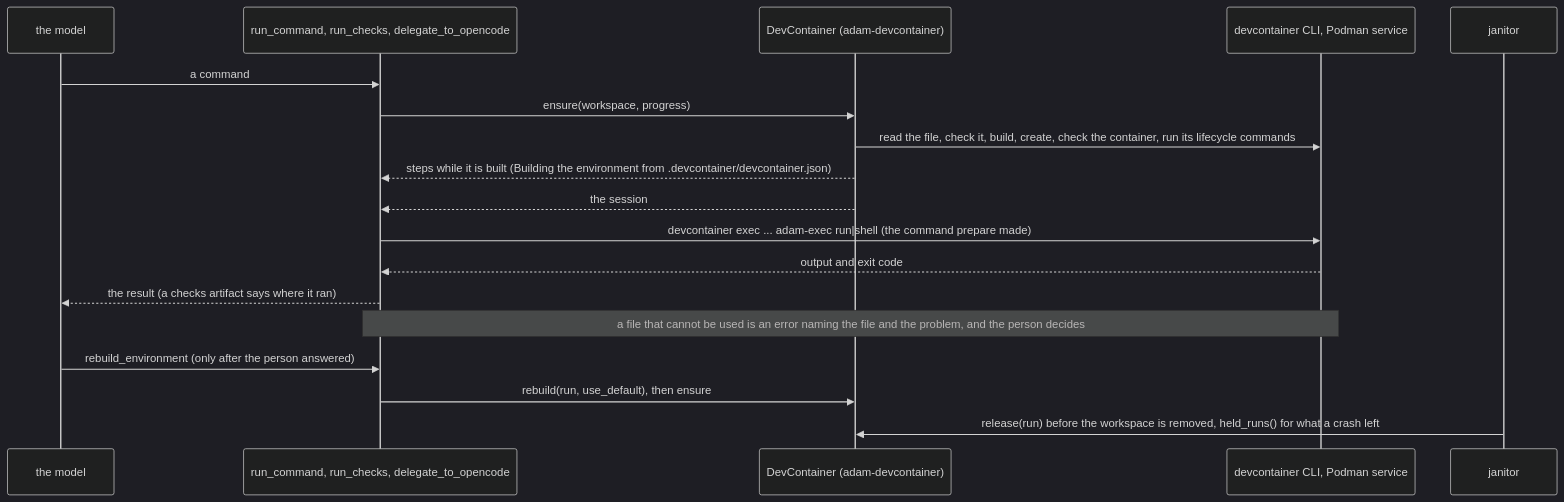
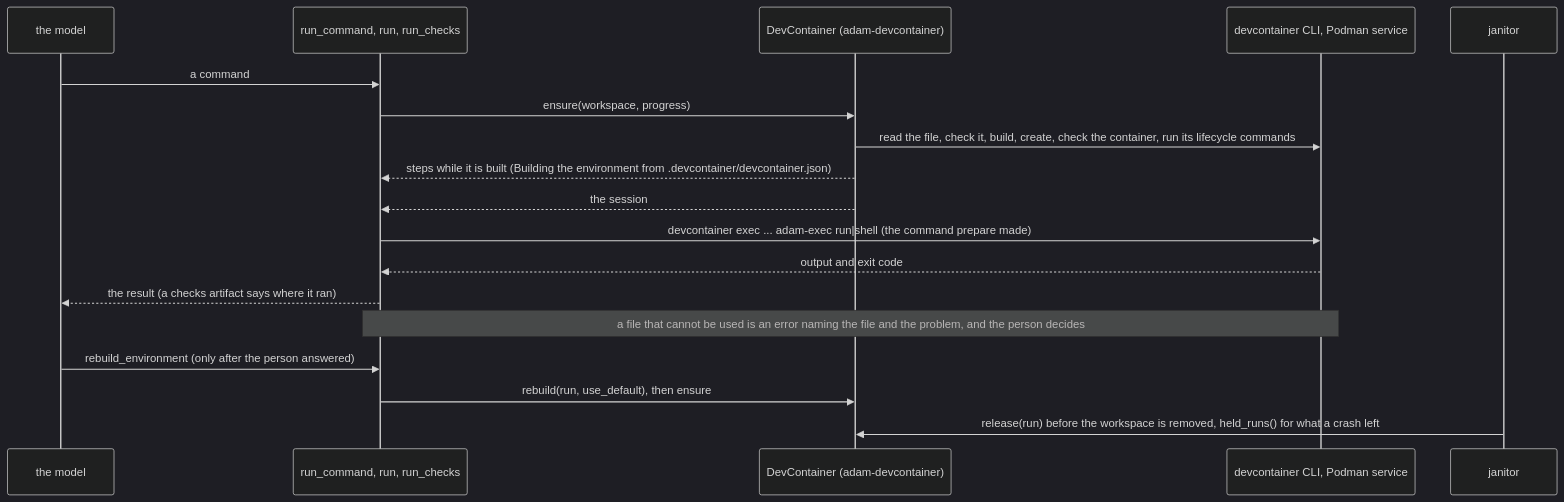
Before and after one commit to vymalo/another-adam-rs: diagram 19 of 31 in bin/adam-coder/README.md, drawn with Mermaid (dark theme). The commit also changed other lines of this file and 34 other files, not shown here.

````diff
--- a/bin/adam-coder/README.md
+++ b/bin/adam-coder/README.md
@@ -1248,20 +1218,20 @@
 ```mermaid
 sequenceDiagram
   participant M as the model
-  participant T as run_command, run_checks, delegate_to_opencode
+  participant T as run_command, run, run_checks
   participant E as DevContainer (adam-devcontainer)
   participant C as devcontainer CLI, Podman service
   participant J as janitor
   M->>T: a command
   T->>E: ensure(workspace, progress)
   E->>C: read the file, check it, build, create, check the container, run its lifecycle commands
   E-->>T: steps while it is built (Building the environment from .devcontainer/devcontainer.json)
   E-->>T: the session
   T->>C: devcontainer exec ... adam-exec run|shell (the command prepare made)
   C-->>T: output and exit code
   T-->>M: the result (a checks artifact says where it ran)
   Note over T,C: a file that cannot be used is an error naming the file and the problem, and the person decides
   M->>T: rebuild_environment (only after the person answered)
   T->>E: rebuild(run, use_default), then ensure
   J->>E: release(run) before the workspace is removed, held_runs() for what a crash left
 ```
````
